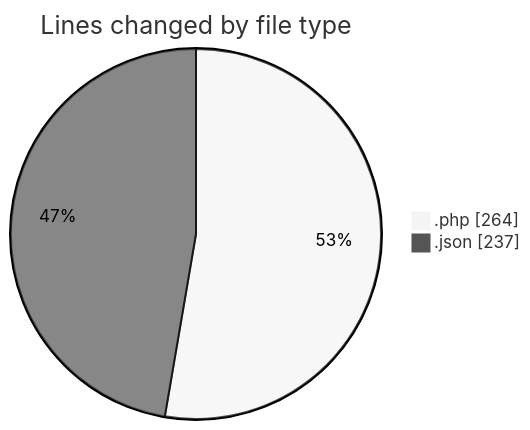
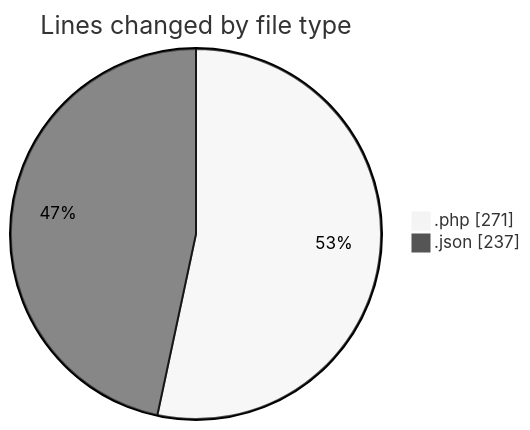
The first of 2 diagrams in 2025-05-26/bookingpodcas/README.md (idhammustaqopulfikri/code-tracking), drawn with Mermaid (neutral theme) before and after one commit. The commit also changed other lines of this file and 1 other file, not shown here.

````diff
--- a/2025-05-26/bookingpodcas/README.md
+++ b/2025-05-26/bookingpodcas/README.md
@@ -25,6 +25,6 @@
 ```mermaid
 pie showData
 title Lines changed by file type
-".php" : 264
+".php" : 271
 ".json" : 237
 ```
````
